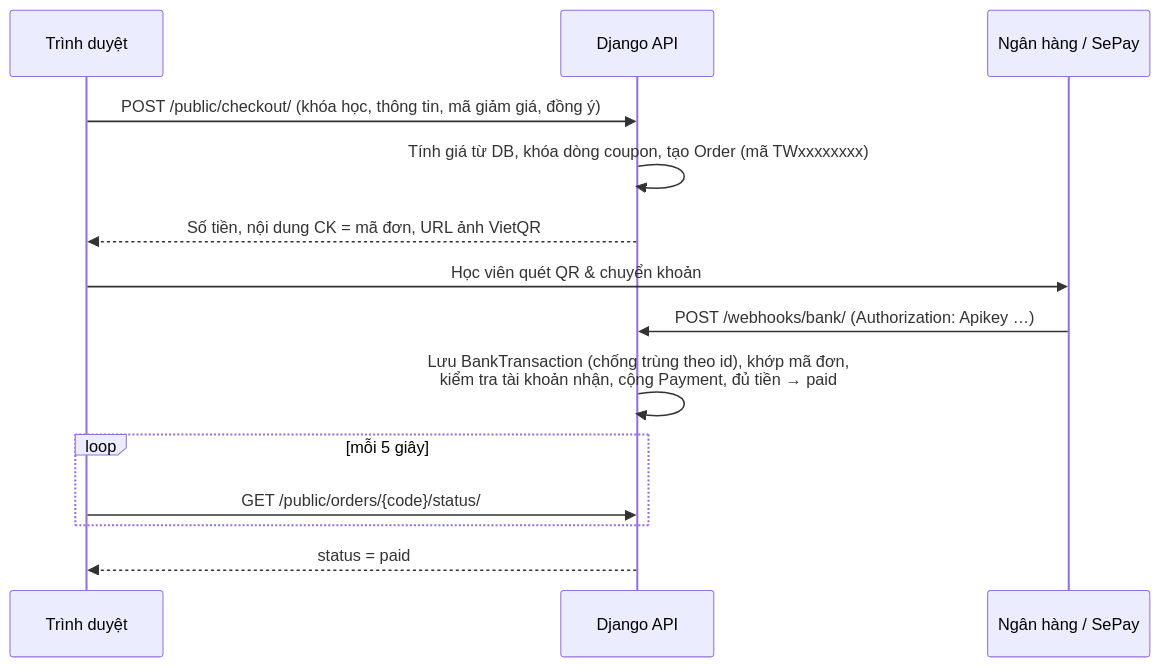
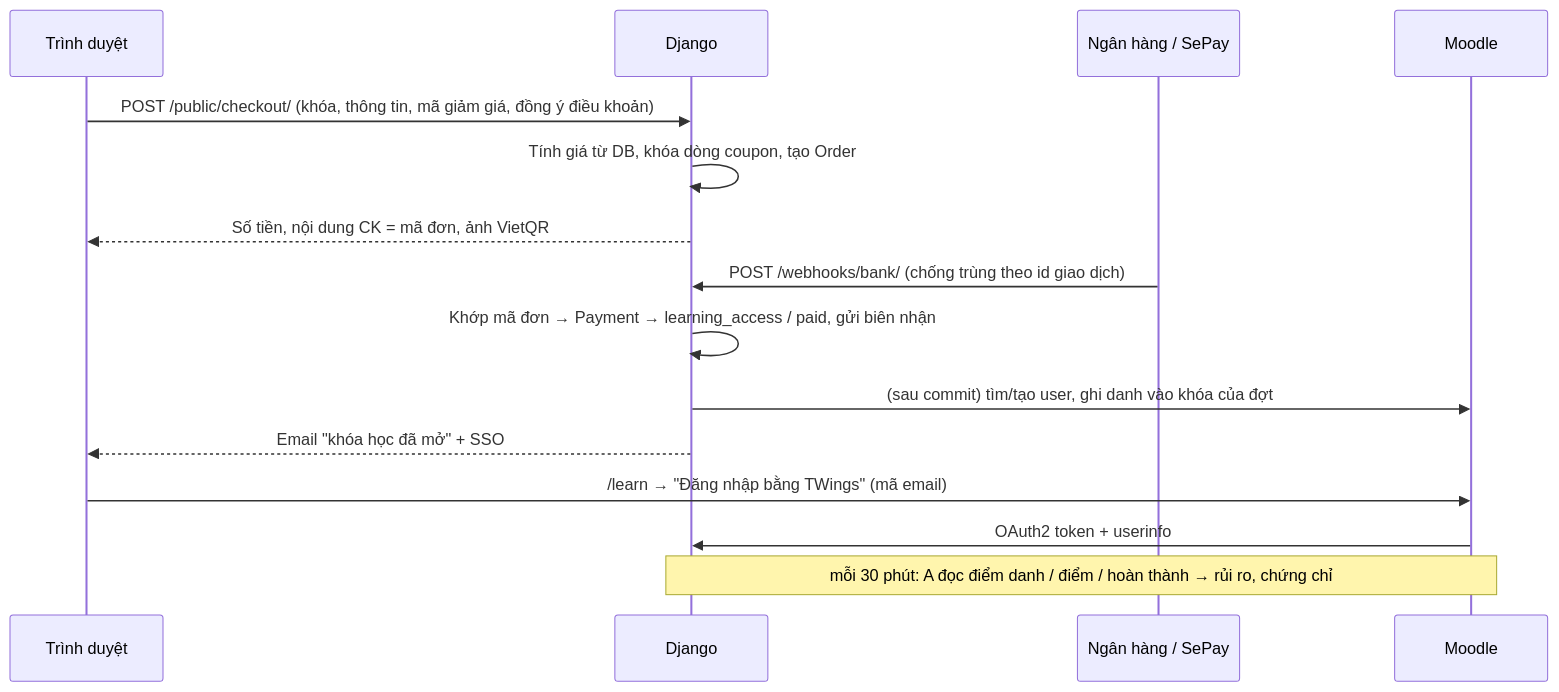
One commit to peopleflowvn/TWings-Academy changed the second of 3 diagrams in docs/ARCHITECTURE.md. Above: the diagram before and after it, drawn with Mermaid. The commit also changed other lines of this file, not shown here.

Commit message:
docs: architecture as built (shared VPS, path routing, Moodle in lms/) and target architecture

````diff
--- a/docs/ARCHITECTURE.md
+++ b/docs/ARCHITECTURE.md
@@ -58,16 +135,17 @@
 ```mermaid
 sequenceDiagram
     participant B as Trình duyệt
-    participant A as Django API
+    participant A as Django
     participant N as Ngân hàng / SePay
-    B->>A: POST /public/checkout/ (khóa học, thông tin, mã giảm giá, đồng ý)
-    A->>A: Tính giá từ DB, khóa dòng coupon, tạo Order (mã TWxxxxxxxx)
-    A-->>B: Số tiền, nội dung CK = mã đơn, URL ảnh VietQR
-    B->>N: Học viên quét QR & chuyển khoản
-    N->>A: POST /webhooks/bank/ (Authorization: Apikey …)
-    A->>A: Lưu BankTransaction (chống trùng theo id), khớp mã đơn,<br/>kiểm tra tài khoản nhận, cộng Payment, đủ tiền → paid
-    loop mỗi 5 giây
-        B->>A: GET /public/orders/{code}/status/
-    end
-    A-->>B: status = paid
+    participant M as Moodle
+    B->>A: POST /public/checkout/ (khóa, thông tin, mã giảm giá, đồng ý điều khoản)
+    A->>A: Tính giá từ DB, khóa dòng coupon, tạo Order
+    A-->>B: Số tiền, nội dung CK = mã đơn, ảnh VietQR
+    N->>A: POST /webhooks/bank/ (chống trùng theo id giao dịch)
+    A->>A: Khớp mã đơn → Payment → learning_access / paid, gửi biên nhận
+    A->>M: (sau commit) tìm/tạo user, ghi danh vào khóa của đợt
+    A-->>B: Email "khóa học đã mở" + SSO
+    B->>M: /learn → "Đăng nhập bằng TWings" (mã email)
+    M->>A: OAuth2 token + userinfo
+    Note over A,M: mỗi 30 phút: A đọc điểm danh / điểm / hoàn thành → rủi ro, chứng chỉ
 ```
````
